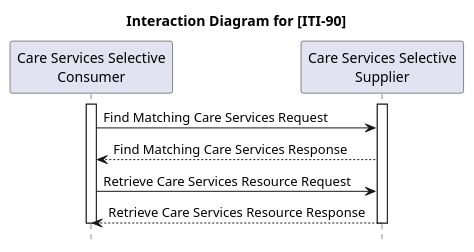
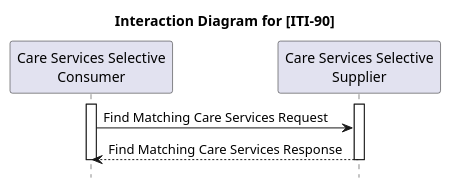
The diagram in input/images-source/mCSD_ActorDiagram_ITI-90.plantuml (ehealthsuisse/ch-epr-fhir), drawn with PlantUML before and after one commit. The commit also changed 12 other files, not shown here.

```diff
--- a/input/images-source/mCSD_ActorDiagram_ITI-90.plantuml
+++ b/input/images-source/mCSD_ActorDiagram_ITI-90.plantuml
@@ -1,18 +1,16 @@
 @startuml
 hide footbox
 
 title Interaction Diagram for [ITI-90]
 
 participant "Care Services Selective\nConsumer" as Client
 participant "Care Services Selective\nSupplier" as Server
 
 activate Client
 activate Server
 Client -> Server : Find Matching Care Services Request
 Server --> Client : Find Matching Care Services Response
-Client -> Server : Retrieve Care Services Resource Request
-Server --> Client : Retrieve Care Services Resource Response
 deactivate Server
 deactivate Client
 
 @enduml
```
